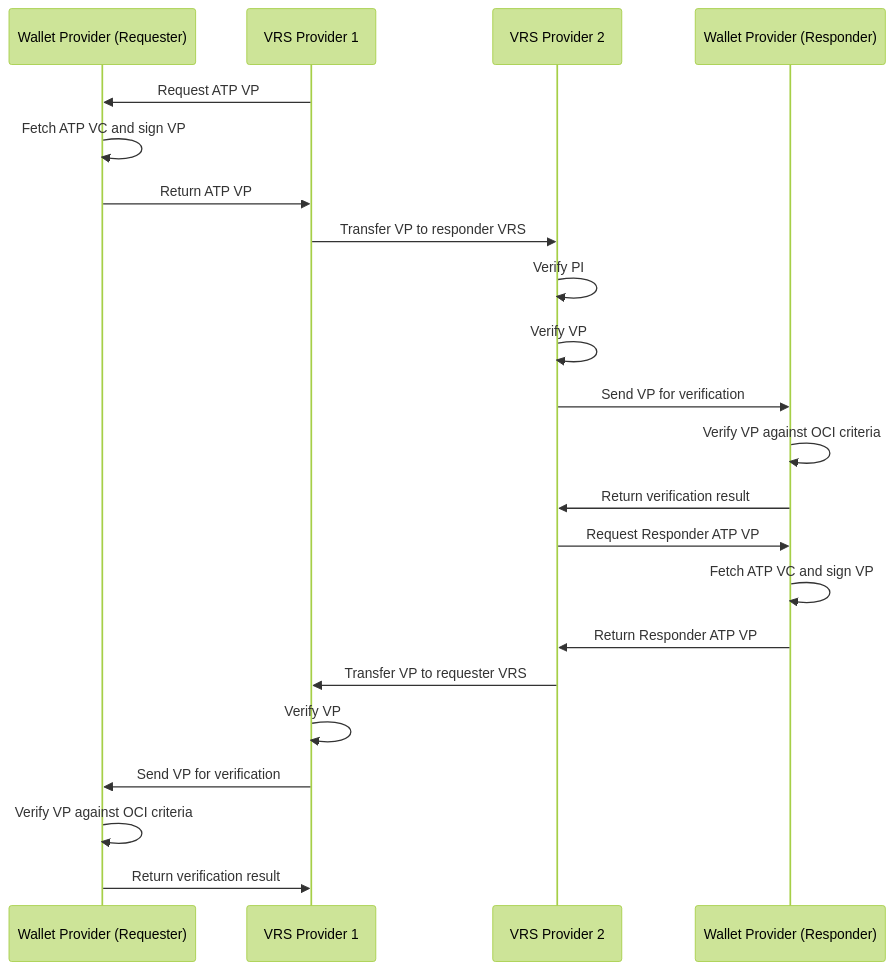
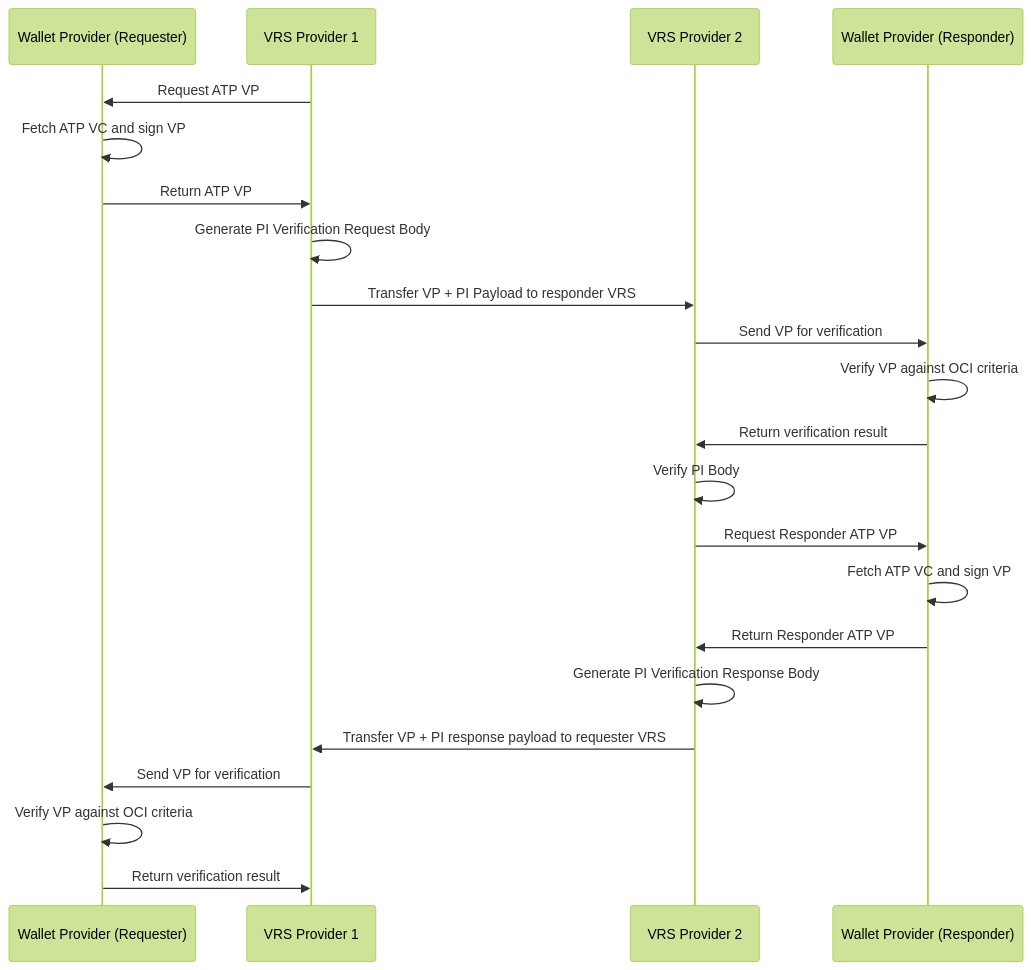
Before and after one commit to Open-Credentialing-Initiative/vrs-performance-testing: the diagram in README.md, drawn with Mermaid (forest theme). The commit also changed other lines of this file, not shown here.

Commit message:
chore: update sequence diagram to include PI verification

````diff
--- a/README.md
+++ b/README.md
@@ -17,24 +15,24 @@
 ```mermaid
 sequenceDiagram
     participant Wallet Provider (Requester)
     participant VRS Provider 1
     participant VRS Provider 2
     participant Wallet Provider (Responder)
     VRS Provider 1->>Wallet Provider (Requester): Request ATP VP
     Wallet Provider (Requester)->>Wallet Provider (Requester): Fetch ATP VC and sign VP
     Wallet Provider (Requester)->>VRS Provider 1: Return ATP VP
-    VRS Provider 1->>VRS Provider 2: Transfer VP to responder VRS
-    VRS Provider 2->>VRS Provider 2: Verify PI
-    VRS Provider 2->>VRS Provider 2: Verify VP
+    VRS Provider 1->>VRS Provider 1: Generate PI Verification Request Body
+    VRS Provider 1->>VRS Provider 2: Transfer VP + PI Payload to responder VRS
     VRS Provider 2->>Wallet Provider (Responder): Send VP for verification
     Wallet Provider (Responder)->>Wallet Provider (Responder): Verify VP against OCI criteria
     Wallet Provider (Responder)->>VRS Provider 2: Return verification result
+    VRS Provider 2->>VRS Provider 2: Verify PI Body
     VRS Provider 2->>Wallet Provider (Responder): Request Responder ATP VP
     Wallet Provider (Responder)->>Wallet Provider (Responder): Fetch ATP VC and sign VP
     Wallet Provider (Responder)->>VRS Provider 2: Return Responder ATP VP
-    VRS Provider 2->>VRS Provider 1: Transfer VP to requester VRS
-    VRS Provider 1->>VRS Provider 1: Verify VP
+    VRS Provider 2->>VRS Provider 2: Generate PI Verification Response Body
+    VRS Provider 2->>VRS Provider 1: Transfer VP + PI response payload to requester VRS
     VRS Provider 1->>Wallet Provider (Requester): Send VP for verification
     Wallet Provider (Requester)->>Wallet Provider (Requester): Verify VP against OCI criteria
     Wallet Provider (Requester)->>VRS Provider 1: Return verification result
 ```
````
